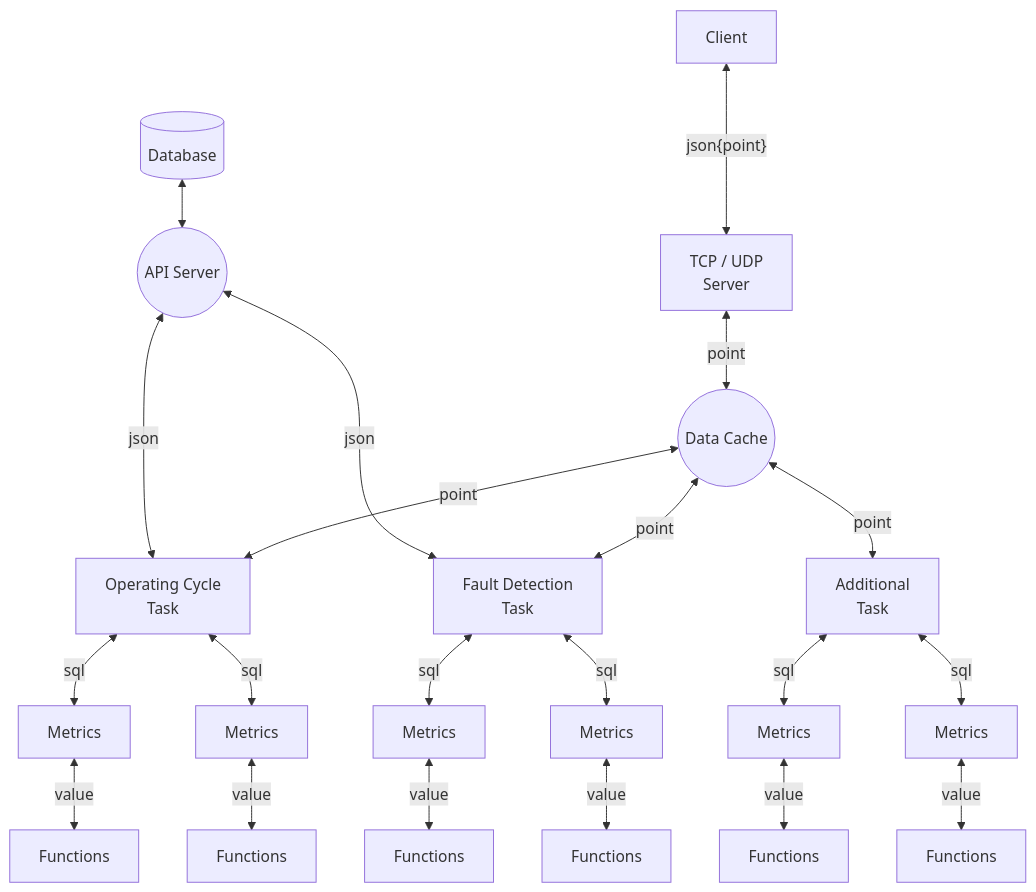
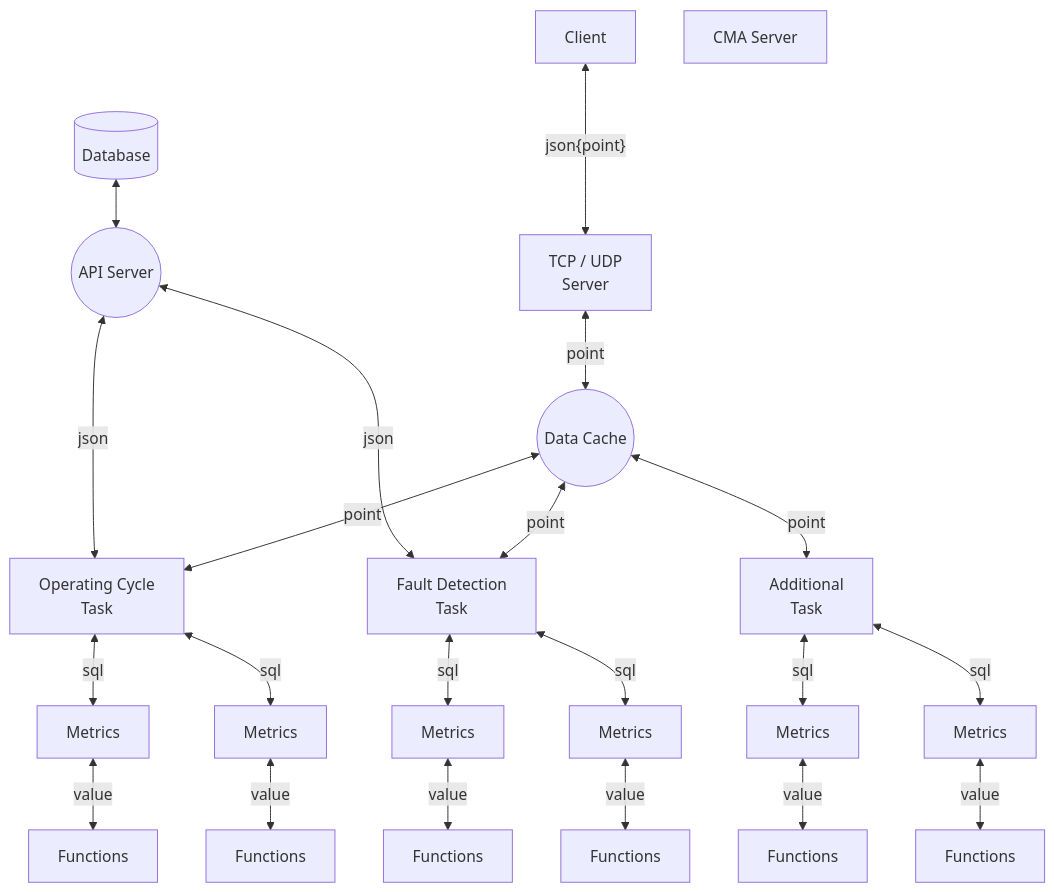
The diagram in readme.md (a-givertzman/fr-service), drawn with Mermaid before and after one commit. The commit also changed other lines of this file, not shown here.

````diff
--- a/readme.md
+++ b/readme.md
@@ -25,45 +25,48 @@
 ```mermaid
 flowchart TD;
    clients[Client];
    server[TCP / UDP<br>Server];
    dataCache((Data Cache));
+
    api((API Server</p>));
    db[(Database)];
+
+   cmaServer[CMA Server]
    task1[Operating Cycle<br>Task];
    task2[Fault Detection<br>Task];
    task3[Additional<br>Task];
    faultDetectionMetrics1[Metrics]
    faultDetectionMetrics2[Metrics]
    operatingCycleMetrics1[Metrics];
    operatingCycleMetrics2[Metrics];
    additionalMetrics1[Metrics];
    additionalMetrics2[Metrics];
    faultDetectionFunctions1[Functions]
    faultDetectionFunctions2[Functions]
    operatingCycleFunctions1[Functions];
    operatingCycleFunctions2[Functions];
    additionalfunctions1[Functions];
    additionalfunctions2[Functions];
 
    db <--> api;
    api<--->|json|task1;
    api<-->|json|task2;
 
    clients <---> |"json{point}"| server;
    server  <--> |point| dataCache;
    dataCache <--> |point| task1;
    dataCache <--> |point| task2;
    dataCache <--> |point| task3;
    task1 <--> |sql| operatingCycleMetrics1;
    task1 <--> |sql| operatingCycleMetrics2;
    task2 <--> |sql| faultDetectionMetrics1
    task2 <--> |sql| faultDetectionMetrics2
    task3 <--> |sql| additionalMetrics1
    task3 <--> |sql| additionalMetrics2
    additionalMetrics1 <--> |value| additionalfunctions1
    additionalMetrics2 <--> |value| additionalfunctions2
    faultDetectionMetrics1 <--> |value| faultDetectionFunctions1
    faultDetectionMetrics2 <--> |value| faultDetectionFunctions2
    operatingCycleMetrics1 <--> |value| operatingCycleFunctions1
    operatingCycleMetrics2 <--> |value| operatingCycleFunctions2
 ```
````
